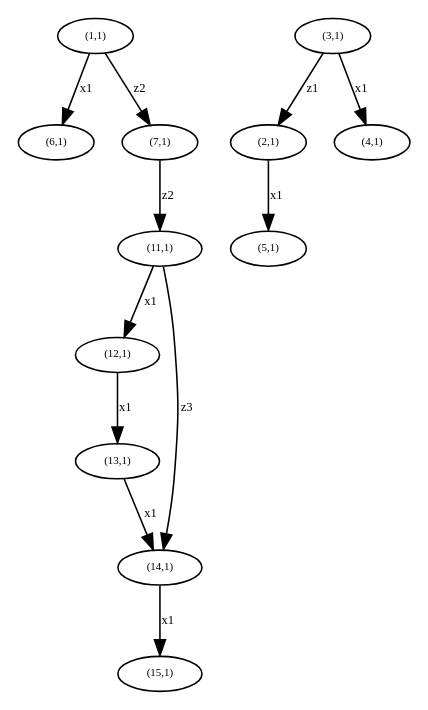
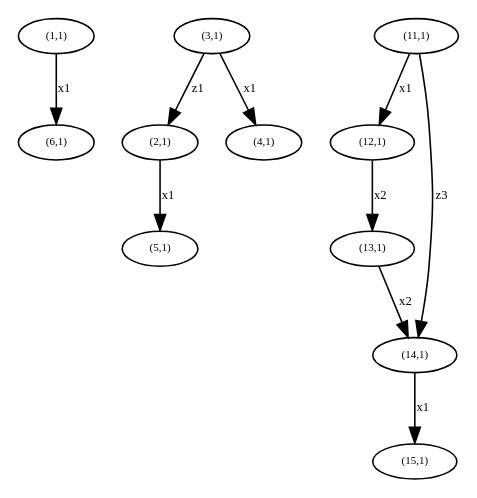
Before and after one commit to AndrewDuncan/Doublecoset: the diagram in python/genfold/alg3_test_D0_1.gv, drawn with Graphviz. The commit also changed 6 other files, not shown here.

```diff
--- a/python/genfold/alg3_test_D0_1.gv
+++ b/python/genfold/alg3_test_D0_1.gv
@@ -1,25 +1,21 @@
-digraph k0 {
+digraph D1_1 {
 "Hv(1,1)" [label="(1,1)",fontsize=7,width=.01,height=.01];
 "Hv(1,1)" -> "Hv(6,1)" [label="x1",fontsize=8];
-"Hv(1,1)" -> "Hv(7,1)" [label="z2",fontsize=8];
 "Hv(2,1)" [label="(2,1)",fontsize=7,width=.01,height=.01];
 "Hv(2,1)" -> "Hv(5,1)" [label="x1",fontsize=8];
 "Hv(3,1)" [label="(3,1)",fontsize=7,width=.01,height=.01];
 "Hv(3,1)" -> "Hv(4,1)" [label="x1",fontsize=8];
 "Hv(3,1)" -> "Hv(2,1)" [label="z1",fontsize=8];
 "Hv(4,1)" [label="(4,1)",fontsize=7,width=.01,height=.01];
 "Hv(5,1)" [label="(5,1)",fontsize=7,width=.01,height=.01];
 "Hv(6,1)" [label="(6,1)",fontsize=7,width=.01,height=.01];
-"Hv(7,1)" [label="(7,1)",fontsize=7,width=.01,height=.01];
-"Hv(7,1)" -> "Hv(11,1)" [label="z2",fontsize=8];
 "Hv(11,1)" [label="(11,1)",fontsize=7,width=.01,height=.01];
 "Hv(11,1)" -> "Hv(12,1)" [label="x1",fontsize=8];
 "Hv(11,1)" -> "Hv(14,1)" [label="z3",fontsize=8];
 "Hv(12,1)" [label="(12,1)",fontsize=7,width=.01,height=.01];
-"Hv(12,1)" -> "Hv(13,1)" [label="x1",fontsize=8];
+"Hv(12,1)" -> "Hv(13,1)" [label="x2",fontsize=8];
 "Hv(13,1)" [label="(13,1)",fontsize=7,width=.01,height=.01];
-"Hv(13,1)" -> "Hv(14,1)" [label="x1",fontsize=8];
+"Hv(13,1)" -> "Hv(14,1)" [label="x2",fontsize=8];
 "Hv(14,1)" [label="(14,1)",fontsize=7,width=.01,height=.01];
 "Hv(14,1)" -> "Hv(15,1)" [label="x1",fontsize=8];
-"Hv(15,1)" [label="(15,1)",fontsize=7,width=.01,height=.01];
-}
+"Hv(15,1)" [label="(15,1)",fontsize=7,width=.01,height=.01];}
```
